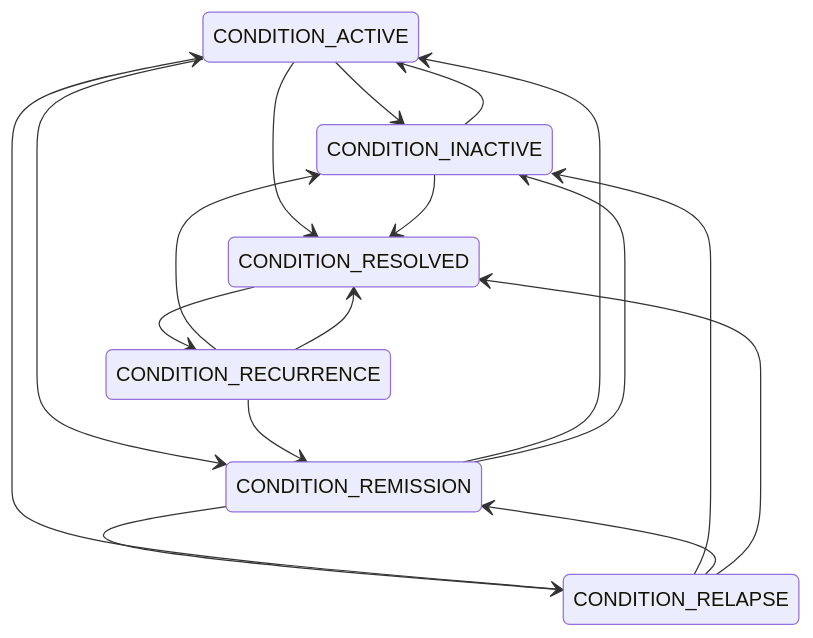
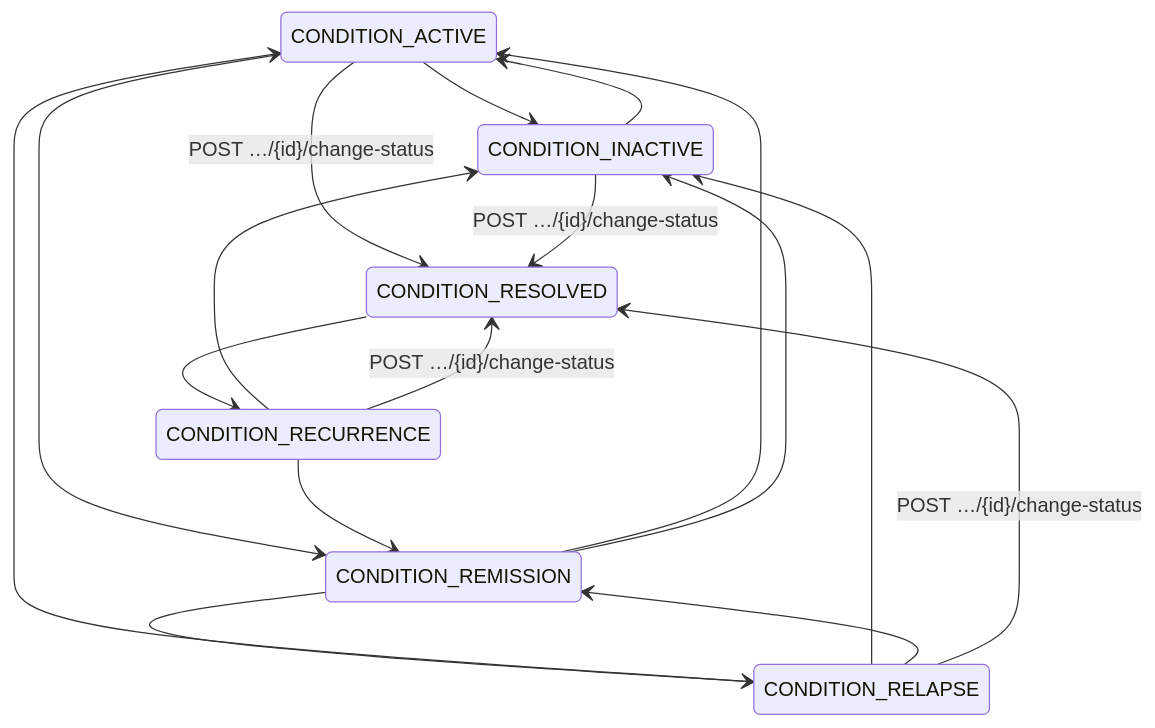
One commit to mdavila-2001/mantra-core-health-api changed the third of 29 diagrams in docs/inventario/flujos/clinical.md. Above: the diagram before and after it, drawn with Mermaid. The commit also changed 9 other files, not shown here.

````diff
--- a/docs/inventario/flujos/clinical.md
+++ b/docs/inventario/flujos/clinical.md
@@ -322,19 +322,19 @@
 ```mermaid
 stateDiagram-v2
   CONDITION_ACTIVE --> CONDITION_INACTIVE
   CONDITION_ACTIVE --> CONDITION_REMISSION
-  CONDITION_ACTIVE --> CONDITION_RESOLVED
+  CONDITION_ACTIVE --> CONDITION_RESOLVED : POST …/{id}/change-status
   CONDITION_RECURRENCE --> CONDITION_INACTIVE
   CONDITION_RECURRENCE --> CONDITION_REMISSION
-  CONDITION_RECURRENCE --> CONDITION_RESOLVED
+  CONDITION_RECURRENCE --> CONDITION_RESOLVED : POST …/{id}/change-status
   CONDITION_RELAPSE --> CONDITION_ACTIVE
   CONDITION_RELAPSE --> CONDITION_INACTIVE
   CONDITION_RELAPSE --> CONDITION_REMISSION
-  CONDITION_RELAPSE --> CONDITION_RESOLVED
+  CONDITION_RELAPSE --> CONDITION_RESOLVED : POST …/{id}/change-status
   CONDITION_INACTIVE --> CONDITION_ACTIVE
-  CONDITION_INACTIVE --> CONDITION_RESOLVED
+  CONDITION_INACTIVE --> CONDITION_RESOLVED : POST …/{id}/change-status
   CONDITION_REMISSION --> CONDITION_ACTIVE
   CONDITION_REMISSION --> CONDITION_INACTIVE
   CONDITION_REMISSION --> CONDITION_RELAPSE
   CONDITION_RESOLVED --> CONDITION_RECURRENCE
 ```
````
